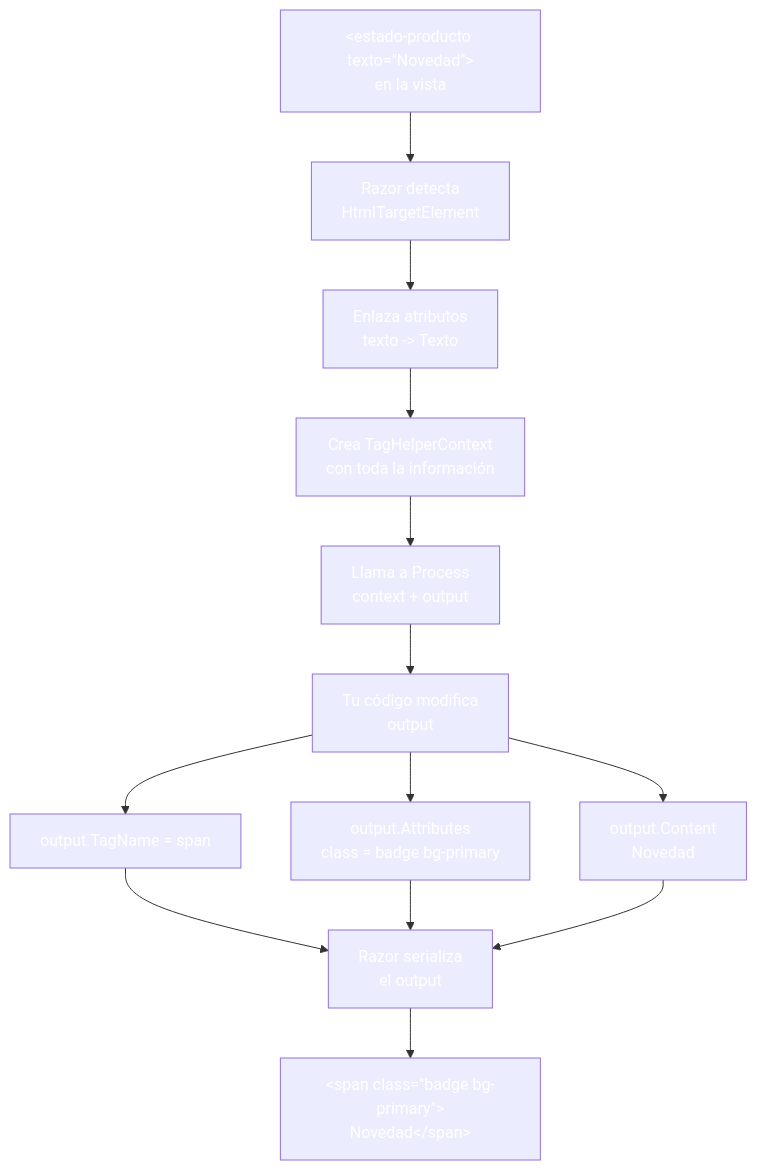
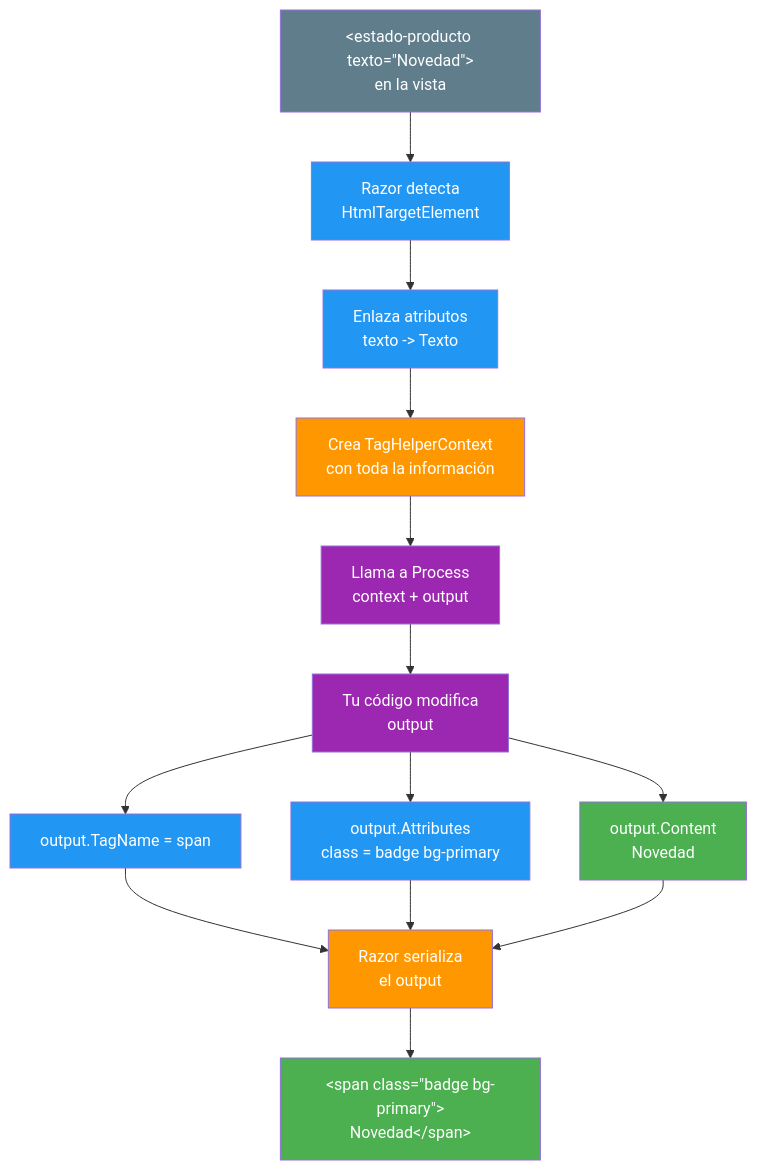
The fifth of 5 diagrams in 06-taghelpers.md (joseluisgs/DesarrolloWebEntornosServidor-03-2026-2027), drawn with Mermaid before and after one commit. The commit also changed other lines of this file and 25 other files, not shown here.

Commit message:
docs: corregir los estilos Mermaid de los temas y alinear el dominio del tema 25 con ProductosApp

````diff
--- a/06-taghelpers.md
+++ b/06-taghelpers.md
@@ -374,27 +374,27 @@
 ```mermaid
 graph TD
     A["&lt;estado-producto texto=&quot;Novedad&quot;&gt;<br/>en la vista"] --> B["Razor detecta<br/>HtmlTargetElement"]
     B --> C["Enlaza atributos<br/>texto -> Texto"]
     C --> D["Crea TagHelperContext<br/>con toda la información"]
     D --> E["Llama a Process<br/>context + output"]
     E --> F["Tu código modifica<br/>output"]
     F --> F1["output.TagName = span"]
     F --> F2["output.Attributes<br/>class = badge bg-primary"]
     F --> F3["output.Content<br/>Novedad"]
     F1 --> G["Razor serializa<br/>el output"]
     F2 --> G
     F3 --> G
     G --> H["&lt;span class=&quot;badge bg-primary&quot;&gt;<br/>Novedad&lt;/span&gt;"]
 
-    style A fill:#607D8,color:#fffB,color:#fff
-    style B fill:#2196F,color:#fff3,color:#fff
-    style C fill:#2196F,color:#fff3,color:#fff
-    style D fill:#FF980,color:#fff0,color:#fff
-    style E fill:#9C27B,color:#fff0,color:#fff
-    style F fill:#9C27B,color:#fff0,color:#fff
-    style F1 fill:#2196F,color:#fff3,color:#fff
-    style F2 fill:#2196F,color:#fff3,color:#fff
-    style F3 fill:#4CAF5,color:#fff0,color:#fff
-    style G fill:#FF980,color:#fff0,color:#fff
-    style H fill:#4CAF5,color:#fff0,color:#fff
+    style A fill:#607D8B,color:#fff
+    style B fill:#2196F3,color:#fff
+    style C fill:#2196F3,color:#fff
+    style D fill:#FF9800,color:#fff
+    style E fill:#9C27B0,color:#fff
+    style F fill:#9C27B0,color:#fff
+    style F1 fill:#2196F3,color:#fff
+    style F2 fill:#2196F3,color:#fff
+    style F3 fill:#4CAF50,color:#fff
+    style G fill:#FF9800,color:#fff
+    style H fill:#4CAF50,color:#fff
 ```
````
